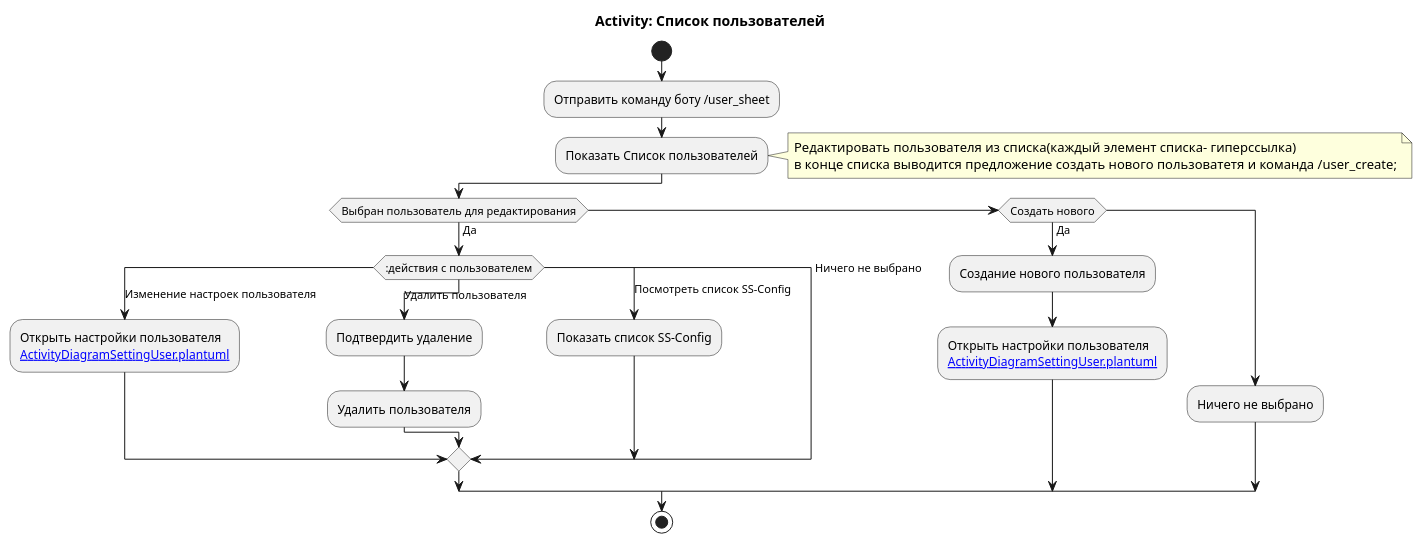
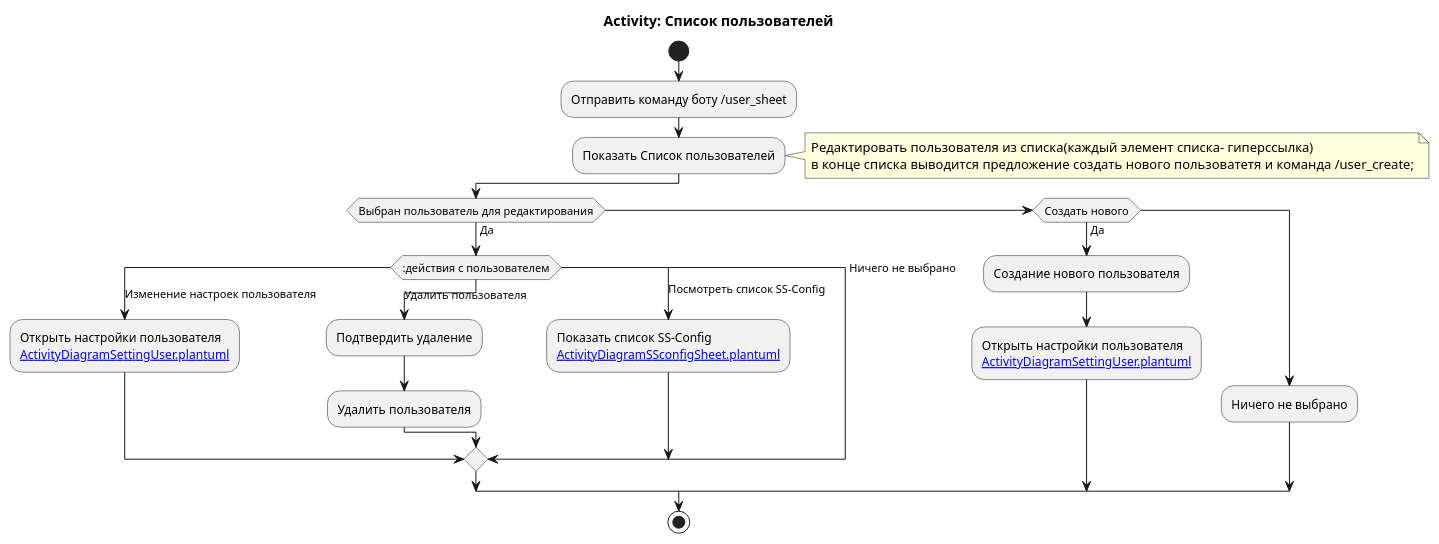
Before and after one commit to MaratDevOps/VPNManagerDoc: the diagram in ActivityDiagramUserSheet.plantuml, drawn with PlantUML. The commit also changed 13 other files, not shown here.

```diff
--- a/ActivityDiagramUserSheet.plantuml
+++ b/ActivityDiagramUserSheet.plantuml
@@ -1,36 +1,37 @@
 @startuml Activity_user_sheet
 title Activity: Список пользователей
 start
 
 :Отправить команду боту /user_sheet;
 
 :Показать Список пользователей;
 note right
 Редактировать пользователя из списка(каждый элемент списка- гиперссылка)
 в конце списка выводится предложение создать нового пользоватетя и команда /user_create;
 end note
     if (Выбран пользователь для редактирования) then (Да)
         switch (:действия с пользователем)
         case (Изменение настроек пользователя)
             :Открыть настройки пользователя
             [[ActivityDiagramSettingUser.plantuml]];
         case (Удалить пользователя)
             :Подтвердить удаление;
             :Удалить пользователя;
         case (Посмотреть список SS-Config)
-            :Показать список SS-Config;
+            :Показать список SS-Config
+            [[ActivityDiagramSSconfigSheet.plantuml]];
         case (Ничего не выбрано)          
         endswitch
     elseif (Создать нового) then (Да)
         :Создание нового пользователя;
         :Открыть настройки пользователя
         [[ActivityDiagramSettingUser.plantuml]];
     else
         :Ничего не выбрано;
     endif
 
 
 stop
 
 
 @enduml
```
